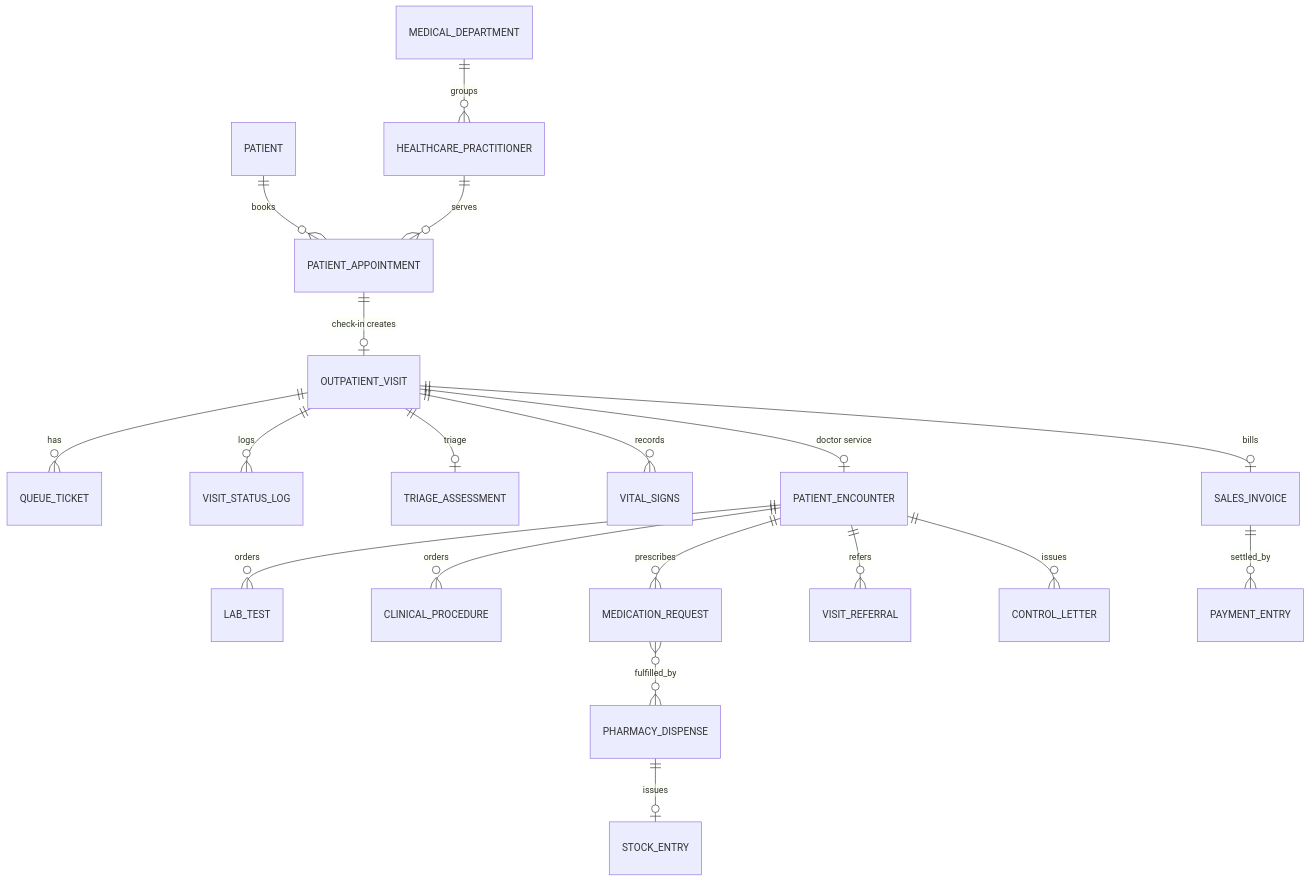
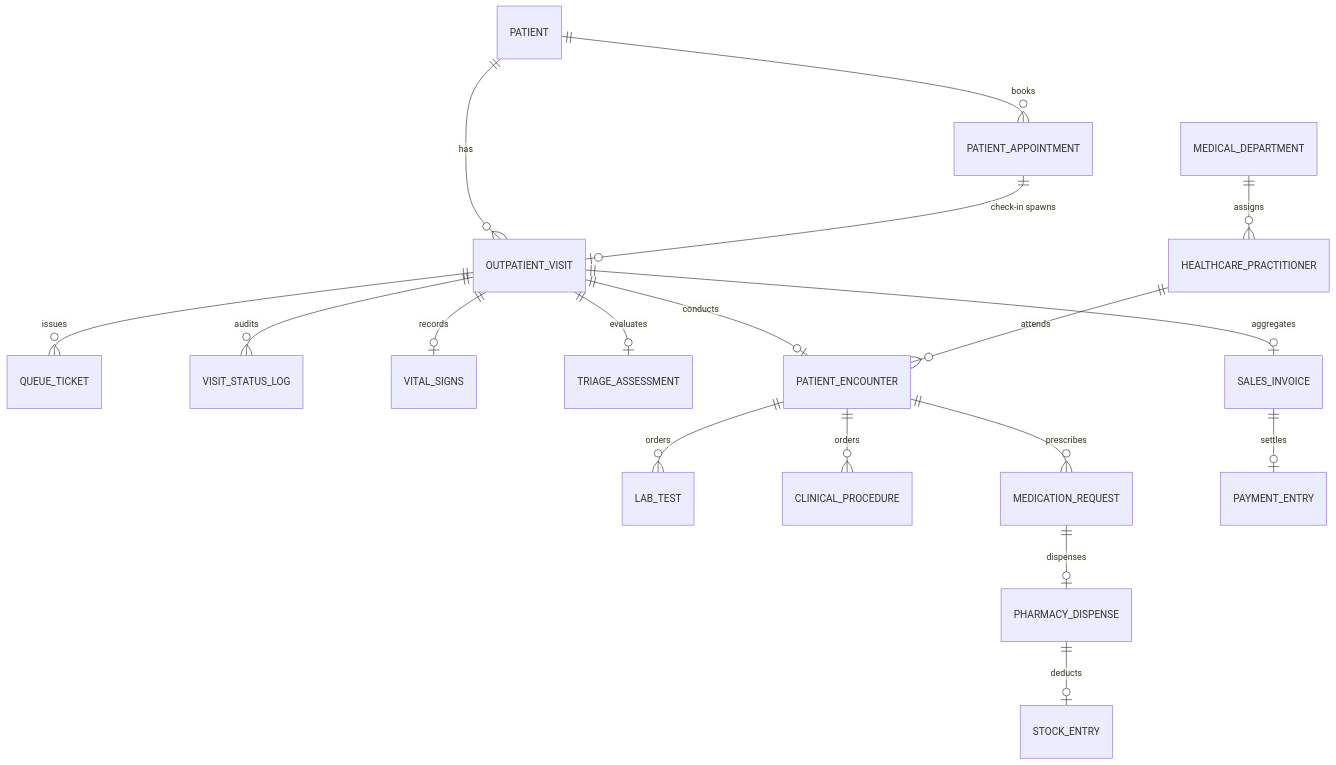
One commit to michaelvincentsebastian/simrs_prototype changed the diagram in docs/data-model.md. Above: the diagram before and after it, drawn with Mermaid. The commit also changed other lines of this file and 8 other files, not shown here.

````diff
--- a/docs/data-model.md
+++ b/docs/data-model.md
@@ -189,21 +368,25 @@
 ```mermaid
 erDiagram
-    PATIENT ||--o{ PATIENT_APPOINTMENT : books
-    PATIENT_APPOINTMENT ||--o| OUTPATIENT_VISIT : "check-in creates"
-    OUTPATIENT_VISIT ||--o{ QUEUE_TICKET : has
-    OUTPATIENT_VISIT ||--o{ VISIT_STATUS_LOG : logs
-    OUTPATIENT_VISIT ||--o| TRIAGE_ASSESSMENT : triage
-    OUTPATIENT_VISIT ||--o{ VITAL_SIGNS : records
-    OUTPATIENT_VISIT ||--o| PATIENT_ENCOUNTER : "doctor service"
-    PATIENT_ENCOUNTER ||--o{ LAB_TEST : orders
-    PATIENT_ENCOUNTER ||--o{ CLINICAL_PROCEDURE : orders
-    PATIENT_ENCOUNTER ||--o{ MEDICATION_REQUEST : prescribes
-    MEDICATION_REQUEST }o--o{ PHARMACY_DISPENSE : fulfilled_by
-    PHARMACY_DISPENSE ||--o| STOCK_ENTRY : issues
-    OUTPATIENT_VISIT ||--o| SALES_INVOICE : bills
-    SALES_INVOICE ||--o{ PAYMENT_ENTRY : settled_by
-    PATIENT_ENCOUNTER ||--o{ VISIT_REFERRAL : refers
-    PATIENT_ENCOUNTER ||--o{ CONTROL_LETTER : issues
-    HEALTHCARE_PRACTITIONER ||--o{ PATIENT_APPOINTMENT : serves
-    MEDICAL_DEPARTMENT ||--o{ HEALTHCARE_PRACTITIONER : groups
+    PATIENT ||--o{ PATIENT_APPOINTMENT : "books"
+    PATIENT ||--o{ OUTPATIENT_VISIT : "has"
+    PATIENT_APPOINTMENT ||--o| OUTPATIENT_VISIT : "check-in spawns"
+    
+    OUTPATIENT_VISIT ||--o{ QUEUE_TICKET : "issues"
+    OUTPATIENT_VISIT ||--o{ VISIT_STATUS_LOG : "audits"
+    OUTPATIENT_VISIT ||--o| VITAL_SIGNS : "records"
+    OUTPATIENT_VISIT ||--o| TRIAGE_ASSESSMENT : "evaluates"
+    OUTPATIENT_VISIT ||--o| PATIENT_ENCOUNTER : "conducts"
+    
+    PATIENT_ENCOUNTER ||--o{ LAB_TEST : "orders"
+    PATIENT_ENCOUNTER ||--o{ CLINICAL_PROCEDURE : "orders"
+    PATIENT_ENCOUNTER ||--o{ MEDICATION_REQUEST : "prescribes"
+    
+    MEDICATION_REQUEST ||--o| PHARMACY_DISPENSE : "dispenses"
+    PHARMACY_DISPENSE ||--o| STOCK_ENTRY : "deducts"
+    
+    OUTPATIENT_VISIT ||--o| SALES_INVOICE : "aggregates"
+    SALES_INVOICE ||--o| PAYMENT_ENTRY : "settles"
+    
+    MEDICAL_DEPARTMENT ||--o{ HEALTHCARE_PRACTITIONER : "assigns"
+    HEALTHCARE_PRACTITIONER ||--o{ PATIENT_ENCOUNTER : "attends"
 ```
````
